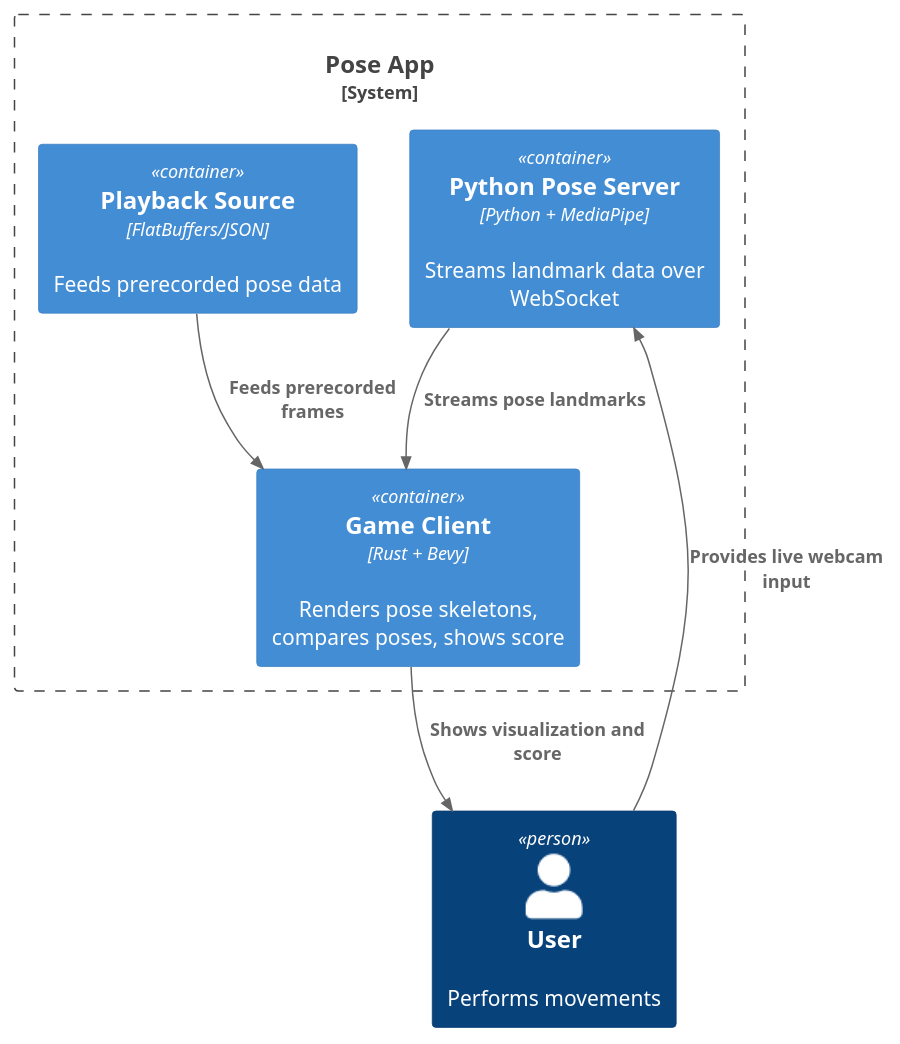
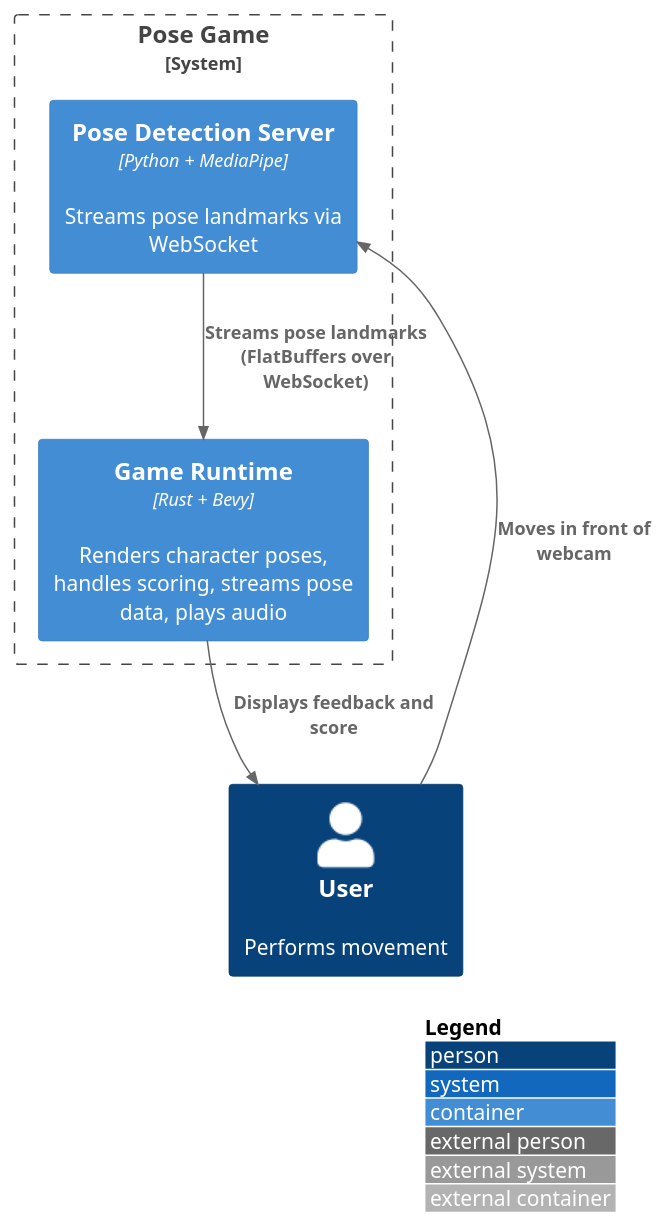
One commit to tobiaslocker/pose changed the diagram in docs/arch/diagrams/c4-level-2-system-container.puml. Above: the diagram before and after it, drawn with PlantUML. The commit also changed other lines of this file and 6 other files, not shown here.

```diff
--- a/docs/arch/diagrams/c4-level-2-system-container.puml
+++ b/docs/arch/diagrams/c4-level-2-system-container.puml
@@ -1,16 +1,15 @@
 @startuml
 !includeurl https://raw.githubusercontent.com/plantuml-stdlib/C4-PlantUML/master/C4_Container.puml
+LAYOUT_WITH_LEGEND()
 
-System_Boundary(poseApp, "Pose App") {
-  Container(game, "Game Client", "Rust + Bevy", "Renders pose skeletons, compares poses, shows score")
-  Container(controller, "Python Pose Server", "Python + MediaPipe", "Streams landmark data over WebSocket")
-  Container(fileInput, "Playback Source", "FlatBuffers/JSON", "Feeds prerecorded pose data")
+System_Boundary(poseGame, "Pose Game") {
+  Container(gameRuntime, "Game Runtime", "Rust + Bevy", "Renders character poses, handles scoring, streams pose data, plays audio")
+  Container(pythonServer, "Pose Detection Server", "Python + MediaPipe", "Streams pose landmarks via WebSocket")
 }
 
-Person(user, "User", "Performs movements")
+Person(user, "User", "Performs movement")
 
-Rel(user, controller, "Provides live webcam input")
-Rel(controller, game, "Streams pose landmarks")
-Rel(fileInput, game, "Feeds prerecorded frames")
-Rel(game, user, "Shows visualization and score")
+Rel(user, pythonServer, "Moves in front of webcam")
+Rel(pythonServer, gameRuntime, "Streams pose landmarks (FlatBuffers over WebSocket)")
+Rel(gameRuntime, user, "Displays feedback and score")
 @enduml
```
